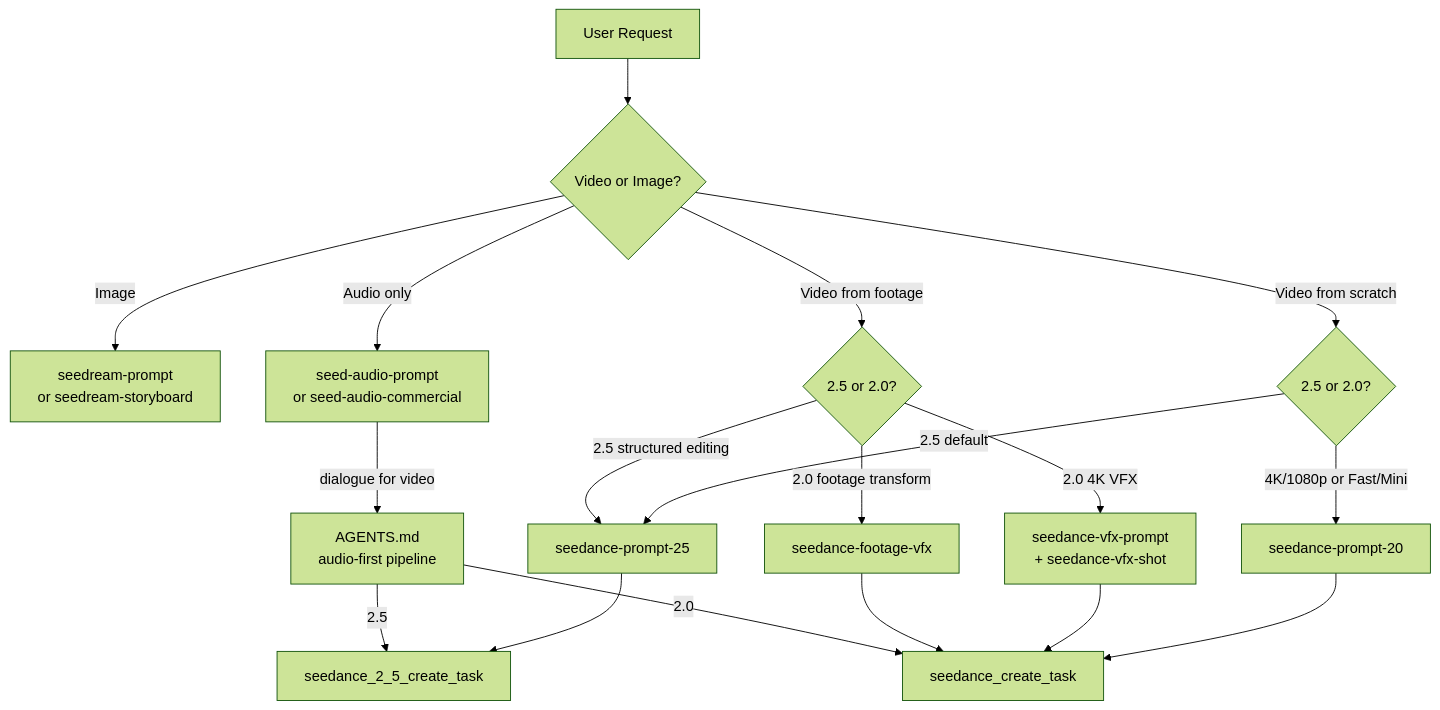
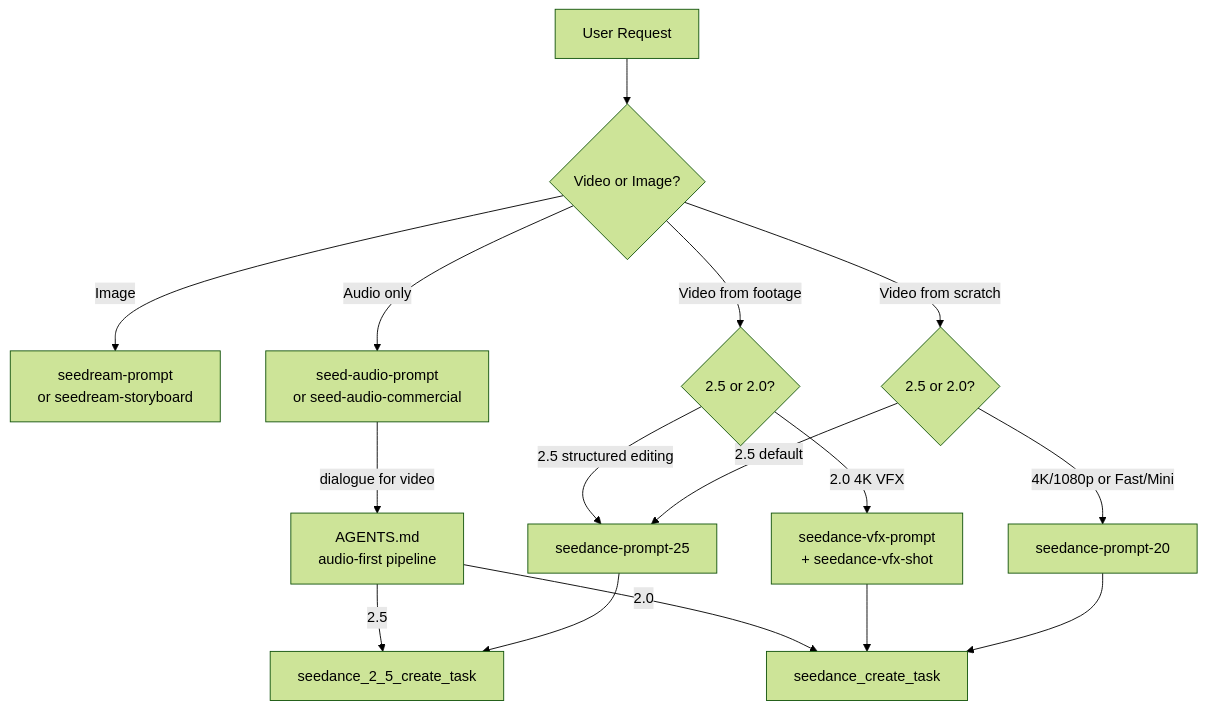
One commit to ArthurReimus-ByteDance/ark-director changed the diagram in plans/PLAN_SKILL_VERSION_AUDIT.md. Above: the diagram before and after it, drawn with Mermaid (forest theme). The commit also changed other lines of this file and 7 other files, not shown here.

First line of the commit message:
refactor: merge seedance-footage-vfx into seedance-vfx-prompt, fix convention misattribution

````diff
--- a/plans/PLAN_SKILL_VERSION_AUDIT.md
+++ b/plans/PLAN_SKILL_VERSION_AUDIT.md
@@ -66,23 +66,21 @@
 ```mermaid
 flowchart TD
   USER[User Request] --> Q{Video or Image?}
   Q -->|Image| SP[seedream-prompt<br/>or seedream-storyboard]
   Q -->|Video from scratch| VQ{2.5 or 2.0?}
   Q -->|Video from footage| VFXQ{2.5 or 2.0?}
   Q -->|Audio only| SAP[seed-audio-prompt<br/>or seed-audio-commercial]
 
   VQ -->|2.5 default| SP25[seedance-prompt-25]
   VQ -->|4K/1080p or Fast/Mini| SP20[seedance-prompt-20]
   SP25 --> MCP25[seedance_2_5_create_task]
   SP20 --> MCP20[seedance_create_task]
 
   VFXQ -->|2.0 4K VFX| VFXP[seedance-vfx-prompt<br/>+ seedance-vfx-shot]
   VFXQ -->|2.5 structured editing| SP25
-  VFXQ -->|2.0 footage transform| FFVFX[seedance-footage-vfx]
   VFXP --> MCP20
-  FFVFX --> MCP20
 
   SAP -->|dialogue for video| AGENTS[AGENTS.md<br/>audio-first pipeline]
   AGENTS -->|2.5| MCP25
   AGENTS -->|2.0| MCP20
 ```
````
